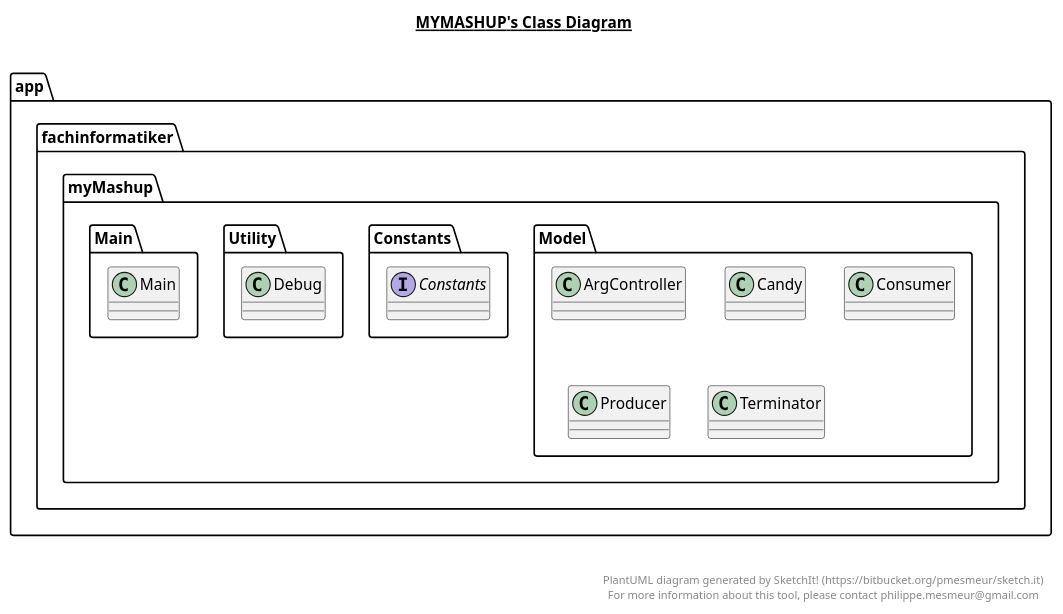
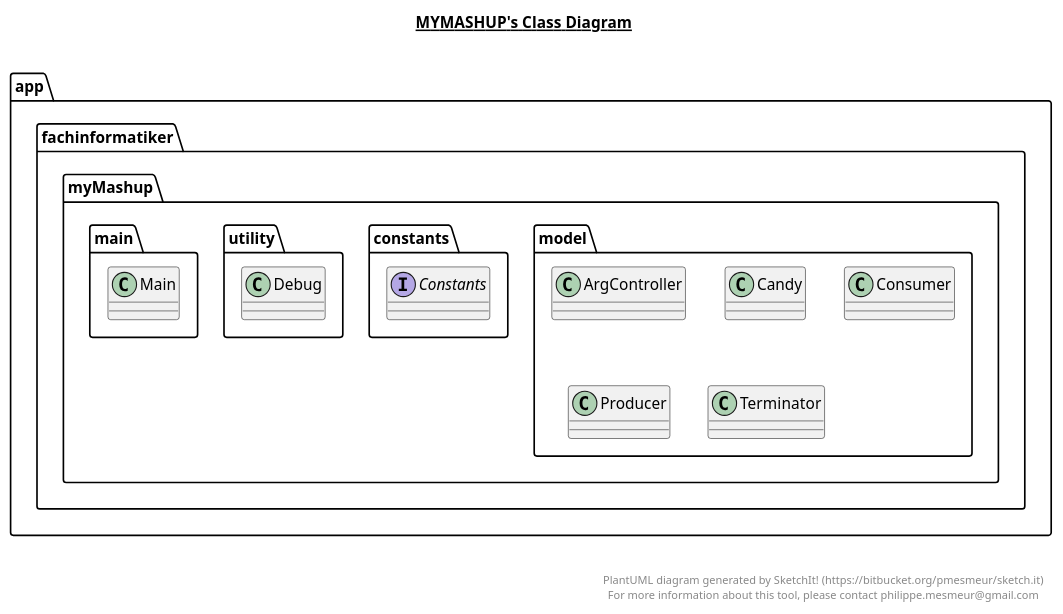
One commit to fachinformatiker/myMashup changed the diagram in myMashup.plantuml. Above: the diagram before and after it, drawn with PlantUML. The commit also changed 17 other files, not shown here.

```diff
--- a/myMashup.plantuml
+++ b/myMashup.plantuml
@@ -1,62 +1,62 @@
 @startuml
 
 title __MYMASHUP's Class Diagram__\n
 
-  package app.fachinformatiker.myMashup.Model {
-    class ArgController {
+  namespace app.fachinformatiker.myMashup.model {
+    class app.fachinformatiker.myMashup.model.ArgController {
     }
   }
   
 
-  package app.fachinformatiker.myMashup.Model {
-    class Candy {
+  namespace app.fachinformatiker.myMashup.model {
+    class app.fachinformatiker.myMashup.model.Candy {
     }
   }
   
 
-  package app.fachinformatiker.myMashup.Constants {
-    interface Constants {
+  namespace app.fachinformatiker.myMashup.constants {
+    interface app.fachinformatiker.myMashup.constants.Constants {
     }
   }
   
 
-  package app.fachinformatiker.myMashup.Model {
-    class Consumer {
+  namespace app.fachinformatiker.myMashup.model {
+    class app.fachinformatiker.myMashup.model.Consumer {
     }
   }
   
 
-  package app.fachinformatiker.myMashup.Utility {
-    class Debug {
+  namespace app.fachinformatiker.myMashup.utility {
+    class app.fachinformatiker.myMashup.utility.Debug {
     }
   }
   
 
-  package app.fachinformatiker.myMashup.Main {
-    class Main {
+  namespace app.fachinformatiker.myMashup.main {
+    class app.fachinformatiker.myMashup.main.Main {
     }
   }
   
 
-  package app.fachinformatiker.myMashup.Model {
-    class Producer {
+  namespace app.fachinformatiker.myMashup.model {
+    class app.fachinformatiker.myMashup.model.Producer {
     }
   }
   
 
-  package app.fachinformatiker.myMashup.Model {
-    class Terminator {
+  namespace app.fachinformatiker.myMashup.model {
+    class app.fachinformatiker.myMashup.model.Terminator {
     }
   }
   
 
 
 
 right footer
 
 
 PlantUML diagram generated by SketchIt! (https://bitbucket.org/pmesmeur/sketch.it)
 For more information about this tool, please contact philippe.mesmeur@gmail.com
 endfooter
 
 @enduml
```
